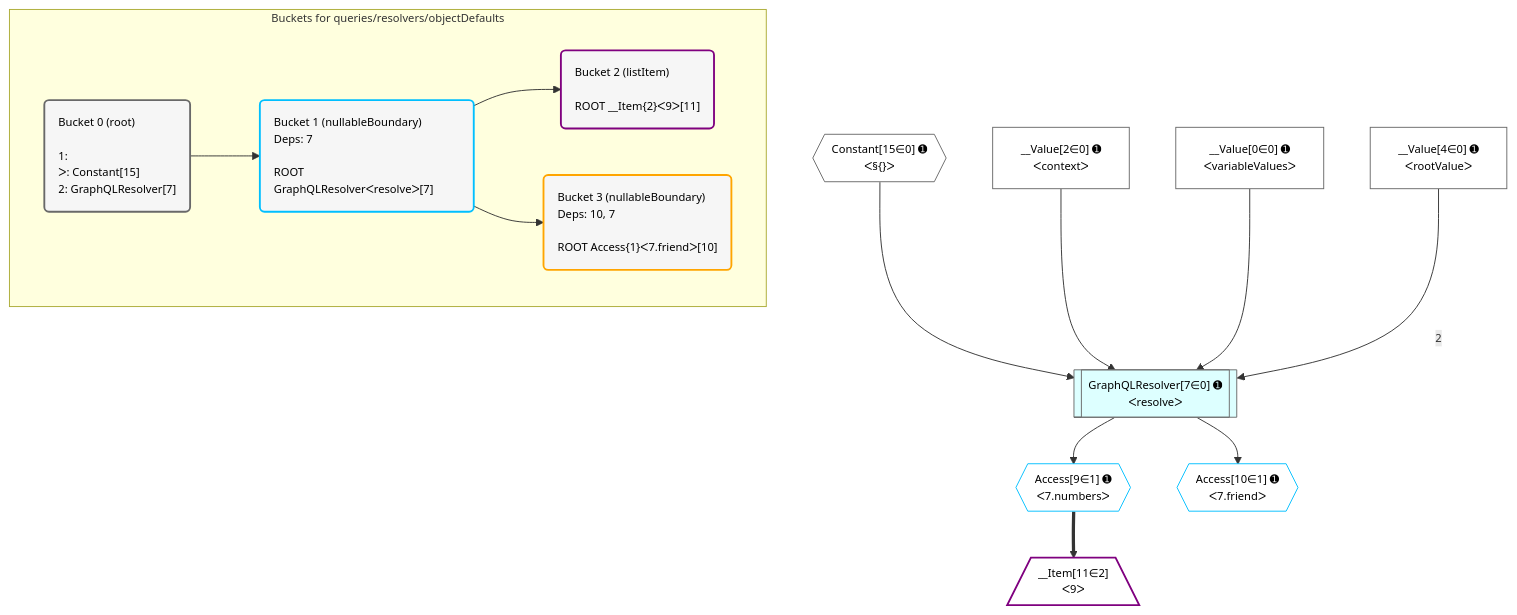
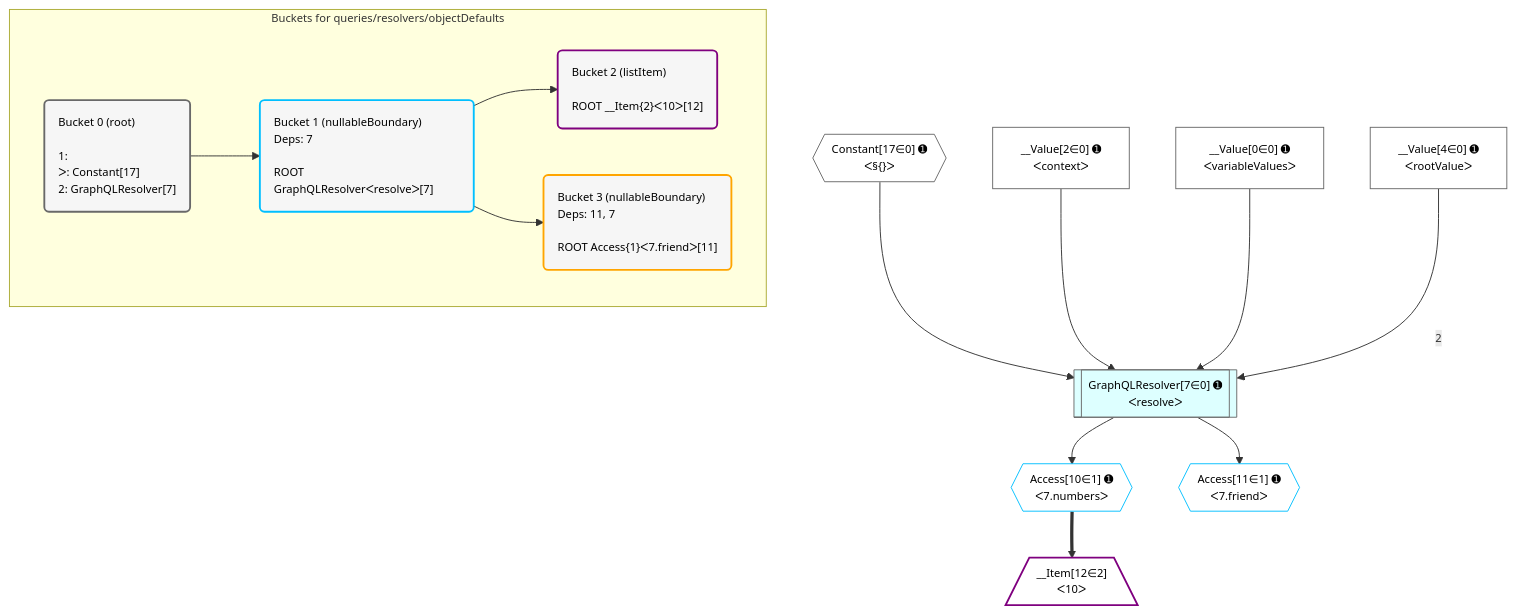
The diagram in grafast/dataplan-pg/__tests__/queries/resolvers/objectDefaults.deopt.mermaid (graphile/crystal), drawn with Mermaid before and after one commit. The commit also changed 378 other files, not shown here.

Commit message:
Update plan diagrams

```diff
--- a/grafast/dataplan-pg/__tests__/queries/resolvers/objectDefaults.deopt.mermaid
+++ b/grafast/dataplan-pg/__tests__/queries/resolvers/objectDefaults.deopt.mermaid
@@ -1,42 +1,42 @@
 %%{init: {'themeVariables': { 'fontSize': '12px'}}}%%
 graph TD
     classDef path fill:#eee,stroke:#000,color:#000
     classDef plan fill:#fff,stroke-width:1px,color:#000
     classDef itemplan fill:#fff,stroke-width:2px,color:#000
     classDef unbatchedplan fill:#dff,stroke-width:1px,color:#000
     classDef sideeffectplan fill:#fcc,stroke-width:2px,color:#000
     classDef bucket fill:#f6f6f6,color:#000,stroke-width:2px,text-align:left
 
     subgraph "Buckets for queries/resolvers/objectDefaults"
-    Bucket0("Bucket 0 (root)<br /><br />1: <br />ᐳ: Constant[15]<br />2: GraphQLResolver[7]"):::bucket
+    Bucket0("Bucket 0 (root)<br /><br />1: <br />ᐳ: Constant[17]<br />2: GraphQLResolver[7]"):::bucket
     Bucket1("Bucket 1 (nullableBoundary)<br />Deps: 7<br /><br />ROOT GraphQLResolverᐸresolveᐳ[7]"):::bucket
-    Bucket2("Bucket 2 (listItem)<br /><br />ROOT __Item{2}ᐸ9ᐳ[11]"):::bucket
-    Bucket3("Bucket 3 (nullableBoundary)<br />Deps: 10, 7<br /><br />ROOT Access{1}ᐸ7.friendᐳ[10]"):::bucket
+    Bucket2("Bucket 2 (listItem)<br /><br />ROOT __Item{2}ᐸ10ᐳ[12]"):::bucket
+    Bucket3("Bucket 3 (nullableBoundary)<br />Deps: 11, 7<br /><br />ROOT Access{1}ᐸ7.friendᐳ[11]"):::bucket
     end
     Bucket0 --> Bucket1
     Bucket1 --> Bucket2 & Bucket3
 
     %% plan dependencies
     GraphQLResolver7[["GraphQLResolver[7∈0] ➊<br />ᐸresolveᐳ"]]:::unbatchedplan
     __Value4["__Value[4∈0] ➊<br />ᐸrootValueᐳ"]:::plan
-    Constant15{{"Constant[15∈0] ➊<br />ᐸ§{}ᐳ"}}:::plan
+    Constant17{{"Constant[17∈0] ➊<br />ᐸ§{}ᐳ"}}:::plan
     __Value2["__Value[2∈0] ➊<br />ᐸcontextᐳ"]:::plan
     __Value0["__Value[0∈0] ➊<br />ᐸvariableValuesᐳ"]:::plan
-    Constant15 & __Value2 & __Value0 --> GraphQLResolver7
+    Constant17 & __Value2 & __Value0 --> GraphQLResolver7
     __Value4 -- 2 --> GraphQLResolver7
-    Access9{{"Access[9∈1] ➊<br />ᐸ7.numbersᐳ"}}:::plan
-    GraphQLResolver7 --> Access9
-    Access10{{"Access[10∈1] ➊<br />ᐸ7.friendᐳ"}}:::plan
+    Access10{{"Access[10∈1] ➊<br />ᐸ7.numbersᐳ"}}:::plan
     GraphQLResolver7 --> Access10
-    __Item11[/"__Item[11∈2]<br />ᐸ9ᐳ"\]:::itemplan
-    Access9 ==> __Item11
+    Access11{{"Access[11∈1] ➊<br />ᐸ7.friendᐳ"}}:::plan
+    GraphQLResolver7 --> Access11
+    __Item12[/"__Item[12∈2]<br />ᐸ10ᐳ"\]:::itemplan
+    Access10 ==> __Item12
 
     %% define steps
     classDef bucket0 stroke:#696969
-    class Bucket0,__Value0,__Value2,__Value4,GraphQLResolver7,Constant15 bucket0
+    class Bucket0,__Value0,__Value2,__Value4,GraphQLResolver7,Constant17 bucket0
     classDef bucket1 stroke:#00bfff
-    class Bucket1,Access9,Access10 bucket1
+    class Bucket1,Access10,Access11 bucket1
     classDef bucket2 stroke:#7f007f
-    class Bucket2,__Item11 bucket2
+    class Bucket2,__Item12 bucket2
     classDef bucket3 stroke:#ffa500
     class Bucket3 bucket3
```
